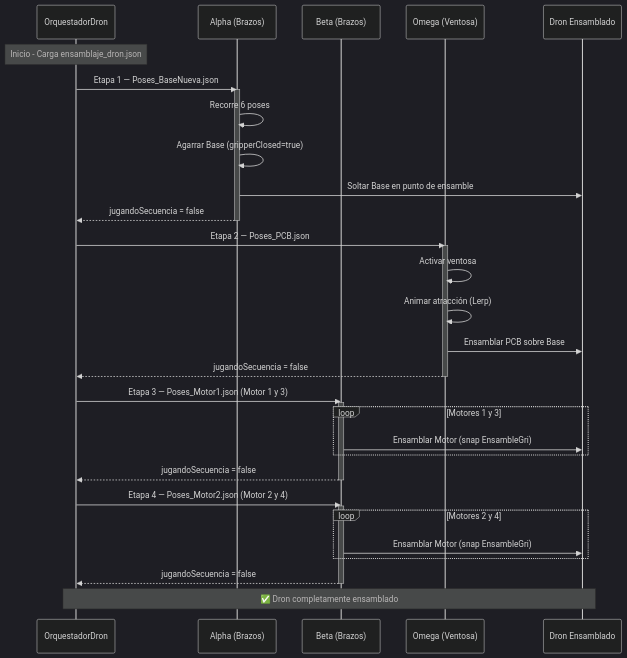
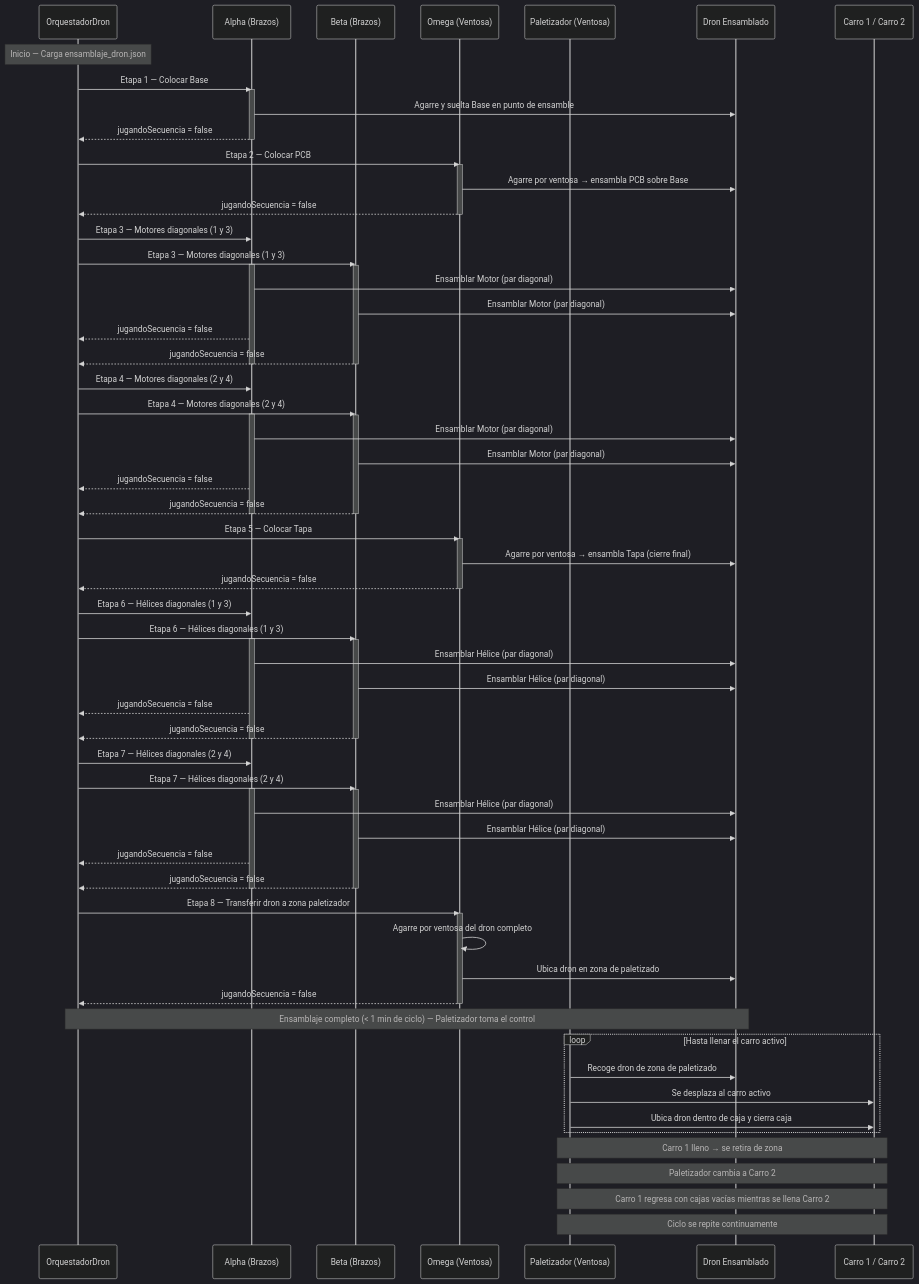
One commit to jorgefajardom-coder/drone-packaging-simulation-unity changed the fifth of 6 diagrams in README.md. Above: the diagram before and after it, drawn with Mermaid (dark theme). The commit also changed other lines of this file, not shown here.

````diff
--- a/README.md
+++ b/README.md
@@ -1105,41 +1167,91 @@
     participant A as Alpha (Brazos)
     participant B as Beta (Brazos)
     participant W as Omega (Ventosa)
+    participant P as Paletizador (Ventosa)
     participant D as Dron Ensamblado
-    
-    Note over O: Inicio - Carga ensamblaje_dron.json
-    
-    O->>A: Etapa 1 — Poses_BaseNueva.json
+    participant C as Carro 1 / Carro 2
+
+    Note over O: Inicio — Carga ensamblaje_dron.json
+
+    O->>A: Etapa 1 — Colocar Base
     activate A
-    A->>A: Recorre 6 poses
-    A->>A: Agarrar Base (gripperClosed=true)
-    A->>D: Soltar Base en punto de ensamble
+    A->>D: Agarre y suelta Base en punto de ensamble
     A-->>O: jugandoSecuencia = false
     deactivate A
-    
-    O->>W: Etapa 2 — Poses_PCB.json
+
+    O->>W: Etapa 2 — Colocar PCB
     activate W
-    W->>W: Activar ventosa
-    W->>W: Animar atracción (Lerp)
-    W->>D: Ensamblar PCB sobre Base
+    W->>D: Agarre por ventosa → ensambla PCB sobre Base
     W-->>O: jugandoSecuencia = false
     deactivate W
-    
-    O->>B: Etapa 3 — Poses_Motor1.json (Motor 1 y 3)
+
+    O->>A: Etapa 3 — Motores diagonales (1 y 3)
+    O->>B: Etapa 3 — Motores diagonales (1 y 3)
+    activate A
     activate B
-    loop Motores 1 y 3
-        B->>D: Ensamblar Motor (snap EnsambleGri)
+    A->>D: Ensamblar Motor (par diagonal)
+    B->>D: Ensamblar Motor (par diagonal)
+    A-->>O: jugandoSecuencia = false
+    B-->>O: jugandoSecuencia = false
+    deactivate A
+    deactivate B
+
+    O->>A: Etapa 4 — Motores diagonales (2 y 4)
+    O->>B: Etapa 4 — Motores diagonales (2 y 4)
+    activate A
+    activate B
+    A->>D: Ensamblar Motor (par diagonal)
+    B->>D: Ensamblar Motor (par diagonal)
+    A-->>O: jugandoSecuencia = false
+    B-->>O: jugandoSecuencia = false
+    deactivate A
+    deactivate B
+
+    O->>W: Etapa 5 — Colocar Tapa
+    activate W
+    W->>D: Agarre por ventosa → ensambla Tapa (cierre final)
+    W-->>O: jugandoSecuencia = false
+    deactivate W
+
+    O->>A: Etapa 6 — Hélices diagonales (1 y 3)
+    O->>B: Etapa 6 — Hélices diagonales (1 y 3)
+    activate A
+    activate B
+    A->>D: Ensamblar Hélice (par diagonal)
+    B->>D: Ensamblar Hélice (par diagonal)
+    A-->>O: jugandoSecuencia = false
+    B-->>O: jugandoSecuencia = false
+    deactivate A
+    deactivate B
+
+    O->>A: Etapa 7 — Hélices diagonales (2 y 4)
+    O->>B: Etapa 7 — Hélices diagonales (2 y 4)
+    activate A
+    activate B
+    A->>D: Ensamblar Hélice (par diagonal)
+    B->>D: Ensamblar Hélice (par diagonal)
+    A-->>O: jugandoSecuencia = false
+    B-->>O: jugandoSecuencia = false
+    deactivate A
+    deactivate B
+
+    O->>W: Etapa 8 — Transferir dron a zona paletizador
+    activate W
+    W->>W: Agarre por ventosa del dron completo
+    W->>D: Ubica dron en zona de paletizado
+    W-->>O: jugandoSecuencia = false
+    deactivate W
+
+    Note over O,D: Ensamblaje completo (< 1 min de ciclo) — Paletizador toma el control
+
+    loop Hasta llenar el carro activo
+        P->>D: Recoge dron de zona de paletizado
+        P->>C: Se desplaza al carro activo
+        P->>C: Ubica dron dentro de caja y cierra caja
     end
-    B-->>O: jugandoSecuencia = false
-    deactivate B
-    
-    O->>B: Etapa 4 — Poses_Motor2.json (Motor 2 y 4)
-    activate B
-    loop Motores 2 y 4
-        B->>D: Ensamblar Motor (snap EnsambleGri)
-    end
-    B-->>O: jugandoSecuencia = false
-    deactivate B
-    
-    Note over O,D: ✅ Dron completamente ensamblado
+
+    Note over P,C: Carro 1 lleno → se retira de zona
+    Note over P,C: Paletizador cambia a Carro 2
+    Note over P,C: Carro 1 regresa con cajas vacías mientras se llena Carro 2
+    Note over P,C: Ciclo se repite continuamente
 ```
````
